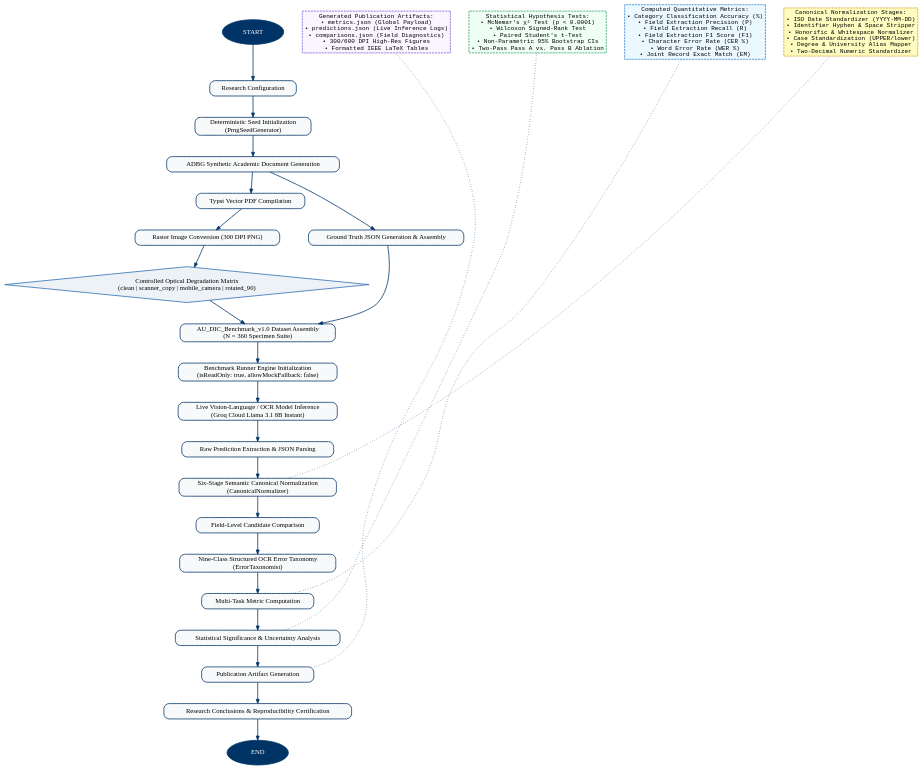
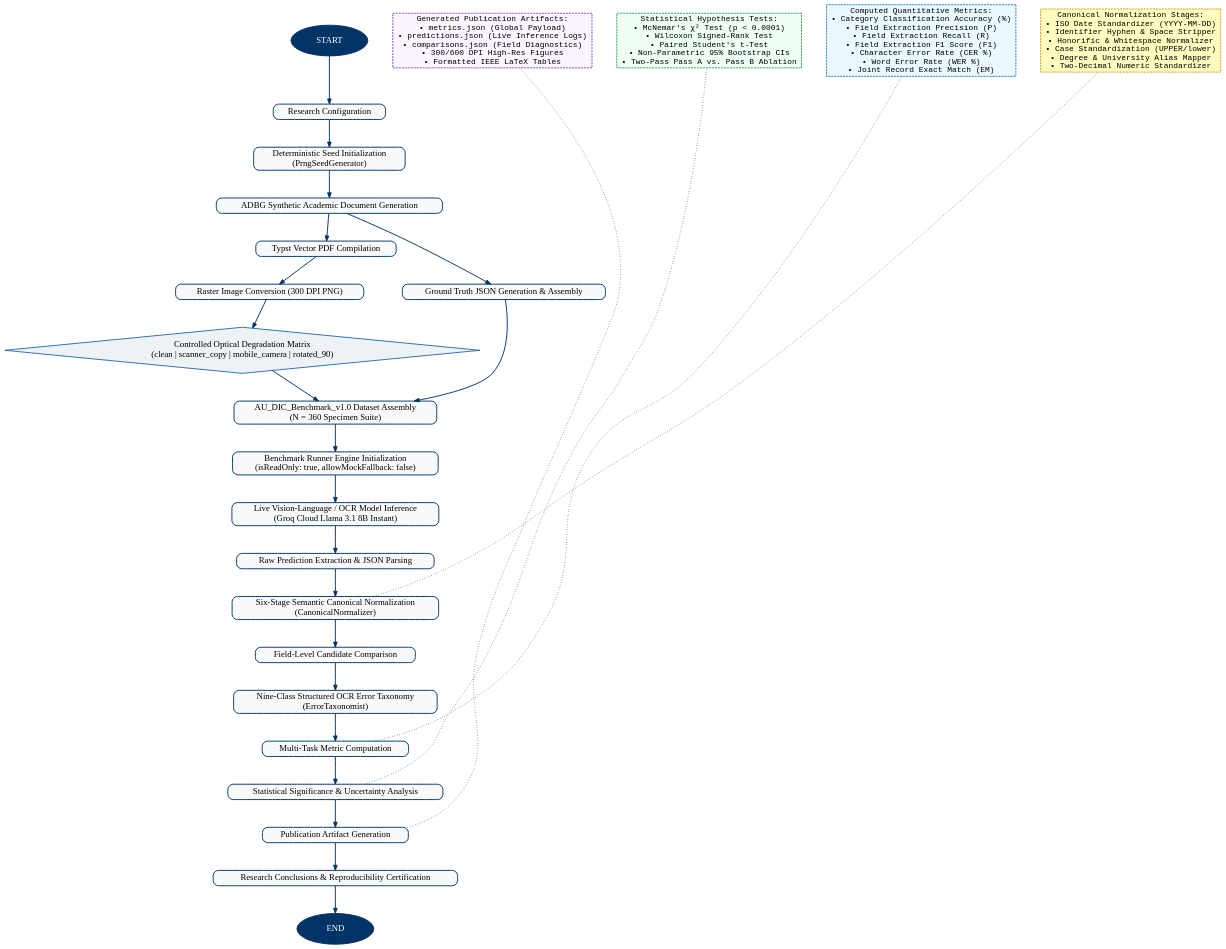
Before and after one commit to aashishrajput9838/academicuniverse: the diagram in methodology_workflow.dot, drawn with Graphviz. The commit also changed 7 other files, not shown here.

```diff
--- a/methodology_workflow.dot
+++ b/methodology_workflow.dot
@@ -1,54 +1,54 @@
 digraph G {
-    graph [rankdir=TB, nodesep=0.6, ranksep=0.7, fontname="Times-Roman", fontsize=16, compound=true];
-    node [shape=box, style="rounded,filled", fillcolor="#F8F9FA", color="#003366", penwidth=1.8, fontname="Times-Roman", fontsize=15.5];
-    edge [color="#003366", penwidth=1.8, arrowsize=1.0];
+    graph [rankdir=TB, nodesep=0.8, ranksep=0.9, fontname="Times-Roman", fontsize=21, compound=true];
+    node [shape=box, style="rounded,filled", fillcolor="#F8F9FA", color="#003366", penwidth=2.2, fontname="Times-Roman", fontsize=20.5];
+    edge [color="#003366", penwidth=2.2, arrowsize=1.2];
 
     // Start / End nodes
-    start [label="START", shape=oval, fillcolor="#003366", fontcolor="#FFFFFF", style=filled, width=2.0, height=0.8];
-    end [label="END", shape=oval, fillcolor="#003366", fontcolor="#FFFFFF", style=filled, width=2.0, height=0.8];
+    start [label="START", shape=oval, fillcolor="#003366", fontcolor="#FFFFFF", style=filled, width=2.5, height=1.0];
+    end [label="END", shape=oval, fillcolor="#003366", fontcolor="#FFFFFF", style=filled, width=2.5, height=1.0];
 
     // Main Workflow Nodes
     config [label="Research Configuration"];
     seed [label="Deterministic Seed Initialization\n(PrngSeedGenerator)"];
     adbg [label="ADBG Synthetic Academic Document Generation"];
     typst [label="Typst Vector PDF Compilation"];
     gt_json [label="Ground Truth JSON Generation & Assembly"];
     raster [label="Raster Image Conversion (300 DPI PNG)"];
     
     degradation [label="Controlled Optical Degradation Matrix\n(clean | scanner_copy | mobile_camera | rotated_90)", shape=diamond, style=filled, fillcolor="#EDF2F7", color="#2B6CB0"];
     
     dataset [label="AU_DIC_Benchmark_v1.0 Dataset Assembly\n(N = 360 Specimen Suite)"];
     runner [label="Benchmark Runner Engine Initialization\n(isReadOnly: true, allowMockFallback: false)"];
     inference [label="Live Vision-Language / OCR Model Inference\n(Groq Cloud Llama 3.1 8B Instant)"];
     prediction [label="Raw Prediction Extraction & JSON Parsing"];
     normalizer [label="Six-Stage Semantic Canonical Normalization\n(CanonicalNormalizer)"];
     comparator [label="Field-Level Candidate Comparison"];
     taxonomy [label="Nine-Class Structured OCR Error Taxonomy\n(ErrorTaxonomist)"];
     metrics [label="Multi-Task Metric Computation"];
     stats [label="Statistical Significance & Uncertainty Analysis"];
     artifacts [label="Publication Artifact Generation"];
     conclusions [label="Research Conclusions & Reproducibility Certification"];
 
     // Callout / Annotation Boxes
-    norm_callout [label="Canonical Normalization Stages:\n• ISO Date Standardizer (YYYY-MM-DD)\n• Identifier Hyphen & Space Stripper\n• Honorific & Whitespace Normalizer\n• Case Standardization (UPPER/lower)\n• Degree & University Alias Mapper\n• Two-Decimal Numeric Standardizer", shape=box, style="dashed,filled", fillcolor="#FEFCBF", color="#D69E2E", fontname="Courier", fontsize=14];
+    norm_callout [label="Canonical Normalization Stages:\n• ISO Date Standardizer (YYYY-MM-DD)\n• Identifier Hyphen & Space Stripper\n• Honorific & Whitespace Normalizer\n• Case Standardization (UPPER/lower)\n• Degree & University Alias Mapper\n• Two-Decimal Numeric Standardizer", shape=box, style="dashed,filled", fillcolor="#FEFCBF", color="#D69E2E", fontname="Courier", fontsize=18.5];
     
-    metric_callout [label="Computed Quantitative Metrics:\n• Category Classification Accuracy (%)\n• Field Extraction Precision (P)\n• Field Extraction Recall (R)\n• Field Extraction F1 Score (F1)\n• Character Error Rate (CER %)\n• Word Error Rate (WER %)\n• Joint Record Exact Match (EM)", shape=box, style="dashed,filled", fillcolor="#EBF8FF", color="#3182CE", fontname="Courier", fontsize=14];
+    metric_callout [label="Computed Quantitative Metrics:\n• Category Classification Accuracy (%)\n• Field Extraction Precision (P)\n• Field Extraction Recall (R)\n• Field Extraction F1 Score (F1)\n• Character Error Rate (CER %)\n• Word Error Rate (WER %)\n• Joint Record Exact Match (EM)", shape=box, style="dashed,filled", fillcolor="#EBF8FF", color="#3182CE", fontname="Courier", fontsize=18.5];
     
-    stats_callout [label="Statistical Hypothesis Tests:\n• McNemar's χ² Test (p < 0.0001)\n• Wilcoxon Signed-Rank Test\n• Paired Student's t-Test\n• Non-Parametric 95% Bootstrap CIs\n• Two-Pass Pass A vs. Pass B Ablation", shape=box, style="dashed,filled", fillcolor="#F0FFF4", color="#38A169", fontname="Courier", fontsize=14];
+    stats_callout [label="Statistical Hypothesis Tests:\n• McNemar's χ² Test (p < 0.0001)\n• Wilcoxon Signed-Rank Test\n• Paired Student's t-Test\n• Non-Parametric 95% Bootstrap CIs\n• Two-Pass Pass A vs. Pass B Ablation", shape=box, style="dashed,filled", fillcolor="#F0FFF4", color="#38A169", fontname="Courier", fontsize=18.5];
 
-    artifact_callout [label="Generated Publication Artifacts:\n• metrics.json (Global Payload)\n• predictions.json (Live Inference Logs)\n• comparisons.json (Field Diagnostics)\n• 300/600 DPI High-Res Figures\n• Formatted IEEE LaTeX Tables", shape=box, style="dashed,filled", fillcolor="#FAF5FF", color="#805AD5", fontname="Courier", fontsize=14];
+    artifact_callout [label="Generated Publication Artifacts:\n• metrics.json (Global Payload)\n• predictions.json (Live Inference Logs)\n• comparisons.json (Field Diagnostics)\n• 300/600 DPI High-Res Figures\n• Formatted IEEE LaTeX Tables", shape=box, style="dashed,filled", fillcolor="#FAF5FF", color="#805AD5", fontname="Courier", fontsize=18.5];
 
     // Sequential Flow Connections
     start -> config -> seed -> adbg;
     adbg -> typst;
     adbg -> gt_json;
     typst -> raster -> degradation;
     gt_json -> dataset;
     degradation -> dataset -> runner -> inference -> prediction -> normalizer -> comparator -> taxonomy -> metrics -> stats -> artifacts -> conclusions -> end;
 
     // Callout Dotted Connections
     normalizer -> norm_callout [style=dotted, arrowhead=none, constraint=false];
     metrics -> metric_callout [style=dotted, arrowhead=none, constraint=false];
     stats -> stats_callout [style=dotted, arrowhead=none, constraint=false];
     artifacts -> artifact_callout [style=dotted, arrowhead=none, constraint=false];
 }
```
